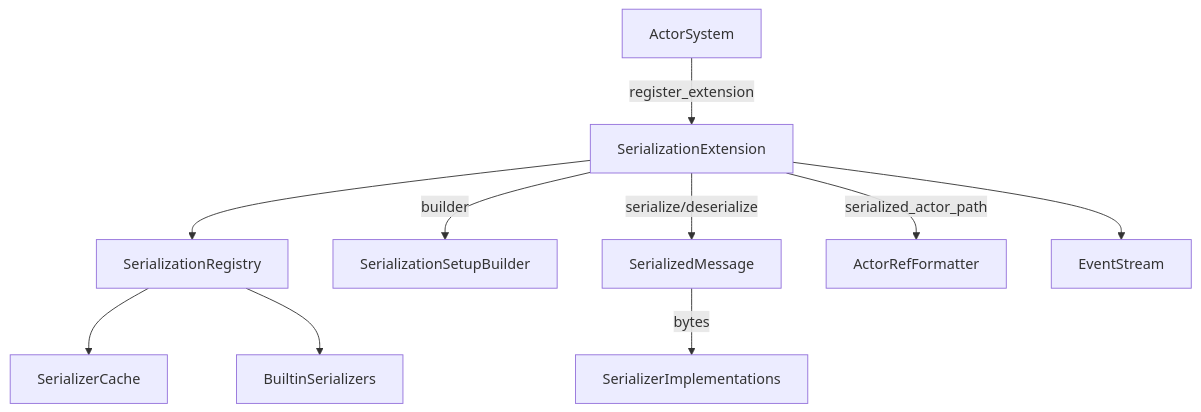
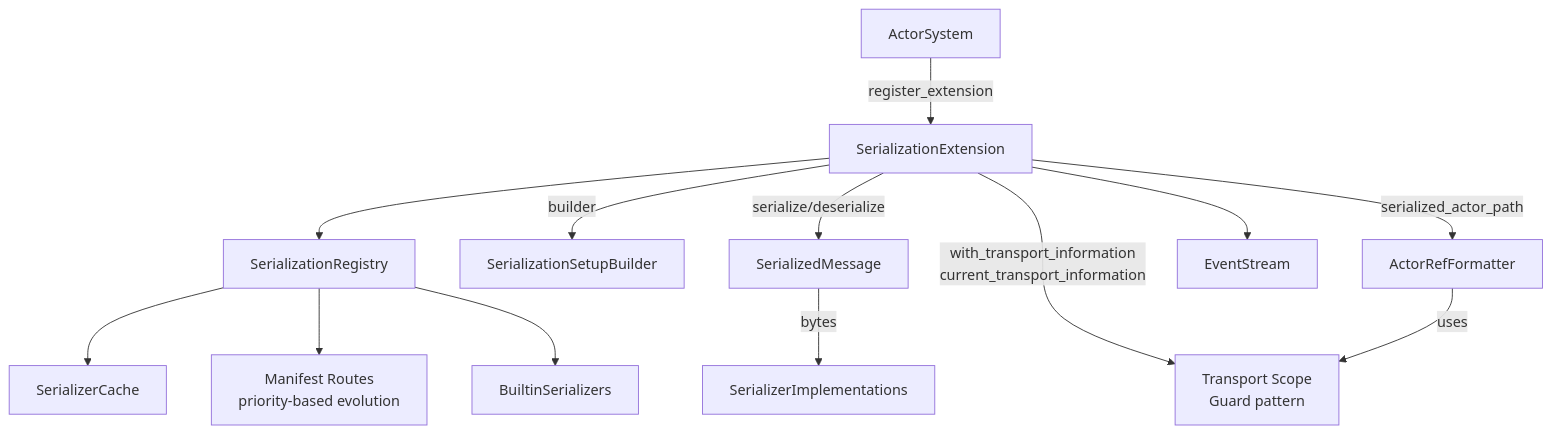
The first of 4 diagrams in .kiro/specs/serialization-pekko-compatible-redesign/design.md (j5ik2o/fraktor-rs), drawn with Mermaid before and after one commit. The commit also changed other lines of this file and 1 other file, not shown here.

Commit message:
feat: enhance serialization design with transport context management and manifest evolution support

````diff
--- a/.kiro/specs/serialization-pekko-compatible-redesign/design.md
+++ b/.kiro/specs/serialization-pekko-compatible-redesign/design.md
@@ -27,12 +27,15 @@
 ```mermaid
 graph TD
   ActorSystem -->|register_extension| SerializationExtension
   SerializationExtension --> SerializationRegistry
   SerializationRegistry --> SerializerCache
+  SerializationRegistry --> ManifestRoutes[Manifest Routes<br/>priority-based evolution]
   SerializationRegistry --> BuiltinSerializers
   SerializationExtension -->|builder| SerializationSetupBuilder
   SerializationExtension -->|serialize/deserialize| SerializedMessage
   SerializedMessage -->|bytes| SerializerImplementations
+  SerializationExtension -->|with_transport_information<br/>current_transport_information| TransportScope[Transport Scope<br/>Guard pattern]
   SerializationExtension -->|serialized_actor_path| ActorRefFormatter
+  ActorRefFormatter -->|uses| TransportScope
   SerializationExtension --> EventStream
 ```
````
